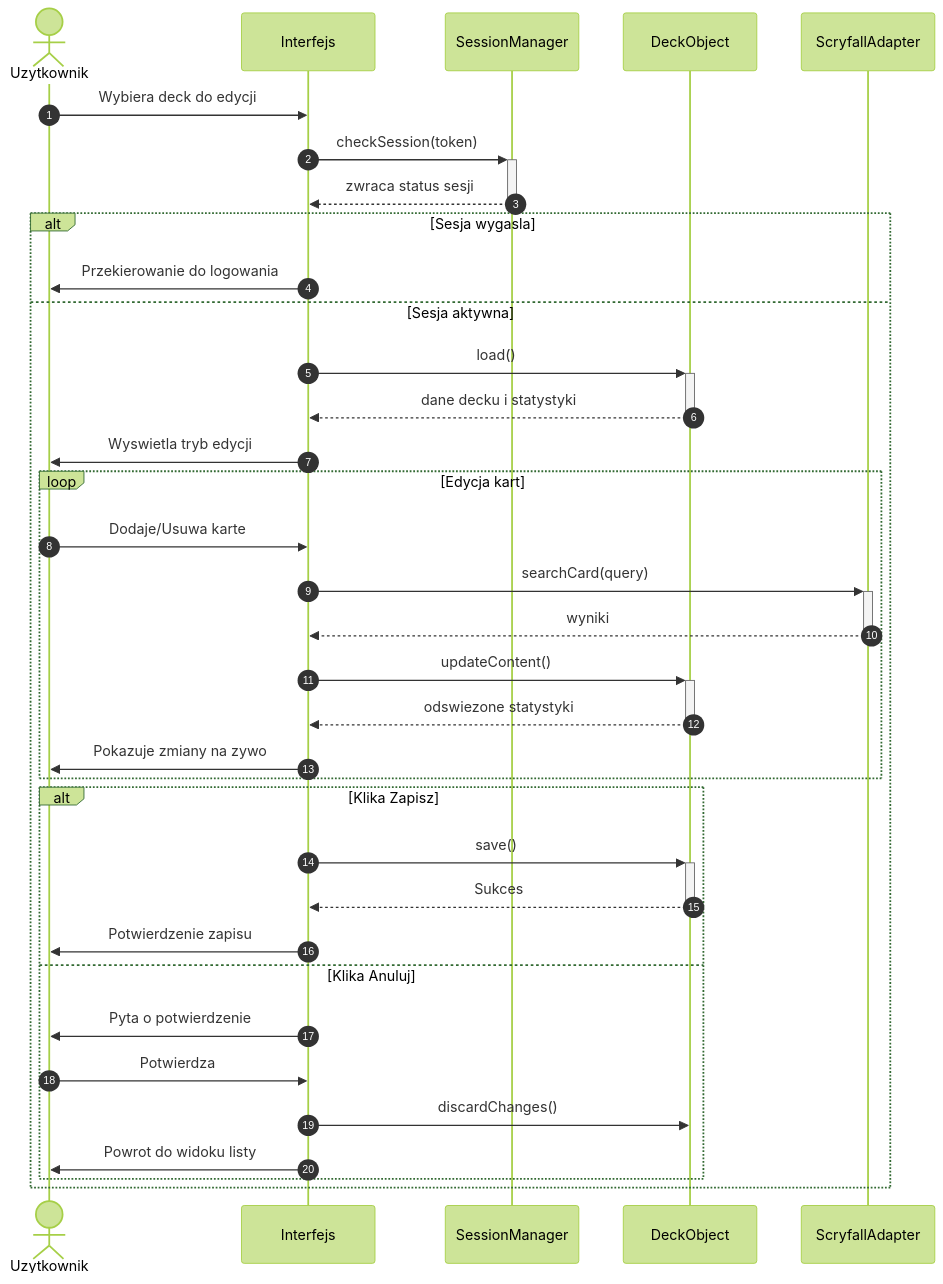
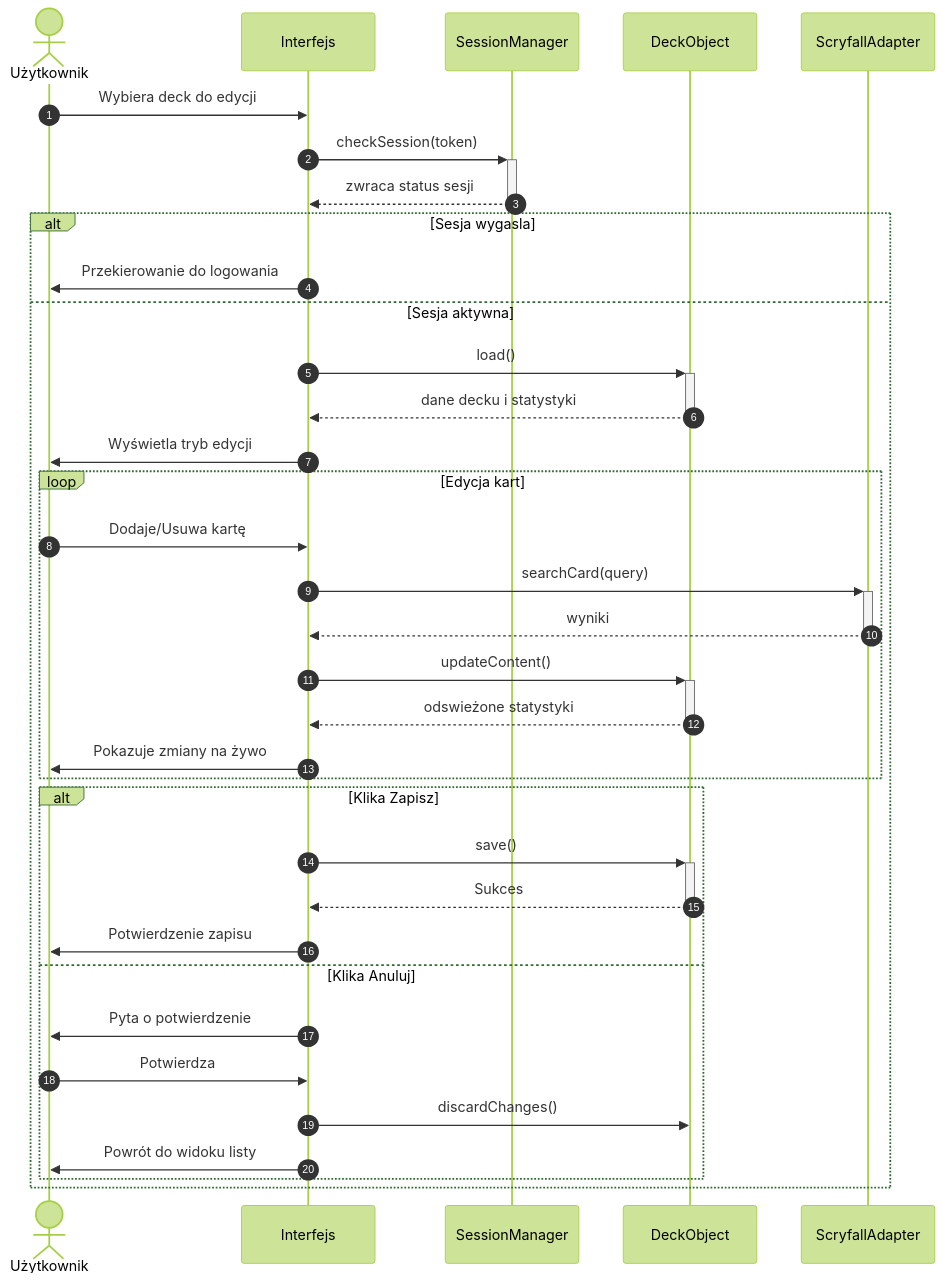
Before and after one commit to IO-2026-Pryncypalki/Grimoire_MTG: the sixth of 7 diagrams in work_in_progress/diagramSekwencji.md, drawn with Mermaid (forest theme). The commit also changed other lines of this file and 2 other files, not shown here.

Commit message:
dodano_polskie_znaki_w_diagramie_sekwencji

````diff
--- a/work_in_progress/diagramSekwencji.md
+++ b/work_in_progress/diagramSekwencji.md
@@ -252,43 +252,43 @@
 ```mermaid
 sequenceDiagram
     autonumber
-    actor U as Uzytkownik
+    actor U as Użytkownik
     participant UI as Interfejs
     participant SM as SessionManager
     participant D as DeckObject
     participant SA as ScryfallAdapter
 
     U->>UI: Wybiera deck do edycji
 
     UI->>+SM: checkSession(token)
     SM-->>-UI: zwraca status sesji
 
     alt Sesja wygasla
         UI->>U: Przekierowanie do logowania
     else Sesja aktywna
         UI->>+D: load()
         D-->>-UI: dane decku i statystyki
 
-        UI->>U: Wyswietla tryb edycji
+        UI->>U: Wyświetla tryb edycji
 
         loop Edycja kart
-            U->>UI: Dodaje/Usuwa karte
+            U->>UI: Dodaje/Usuwa kartę
             UI->>+SA: searchCard(query)
             SA-->>-UI: wyniki
             UI->>+D: updateContent()
-            D-->>-UI: odswiezone statystyki
-            UI->>U: Pokazuje zmiany na zywo
+            D-->>-UI: odswieżone statystyki
+            UI->>U: Pokazuje zmiany na żywo
         end
 
         alt Klika Zapisz
             UI->>+D: save()
             D-->>-UI: Sukces
             UI->>U: Potwierdzenie zapisu
         else Klika Anuluj
             UI->>U: Pyta o potwierdzenie
             U->>UI: Potwierdza
             UI->>D: discardChanges()
-            UI->>U: Powrot do widoku listy
+            UI->>U: Powrót do widoku listy
         end
     end
 ```
````
